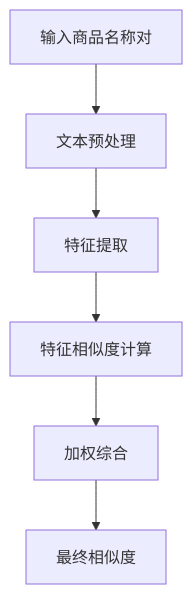
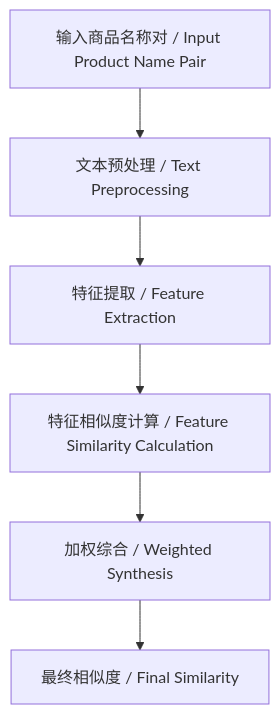
One commit to 041008Ashley/2025-ProductTitleMatchingAnalysis changed the fifth of 10 diagrams in README.md. Above: the diagram before and after it, drawn with Mermaid. The commit also changed other lines of this file, not shown here.

````diff
--- a/README.md
+++ b/README.md
@@ -97,8 +93,8 @@
 ```mermaid
 graph TD
-    A[输入商品名称对] --> B[文本预处理]
-    B --> C[特征提取]
-    C --> D[特征相似度计算]
-    D --> E[加权综合]
-    E --> F[最终相似度]
+    A[输入商品名称对 / Input Product Name Pair] --> B[文本预处理 / Text Preprocessing]
+    B --> C[特征提取 / Feature Extraction]
+    C --> D[特征相似度计算 / Feature Similarity Calculation]
+    D --> E[加权综合 / Weighted Synthesis]
+    E --> F[最终相似度 / Final Similarity]
 ```
````
